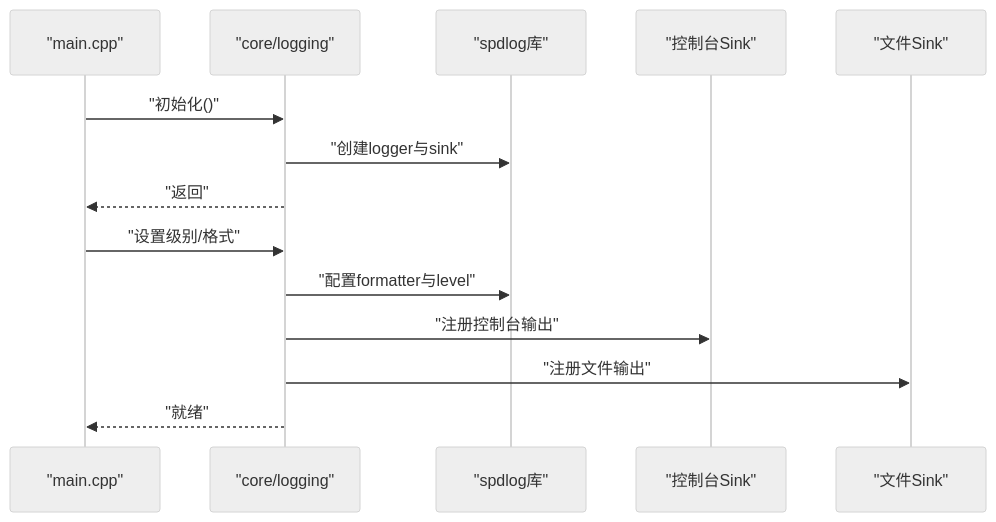
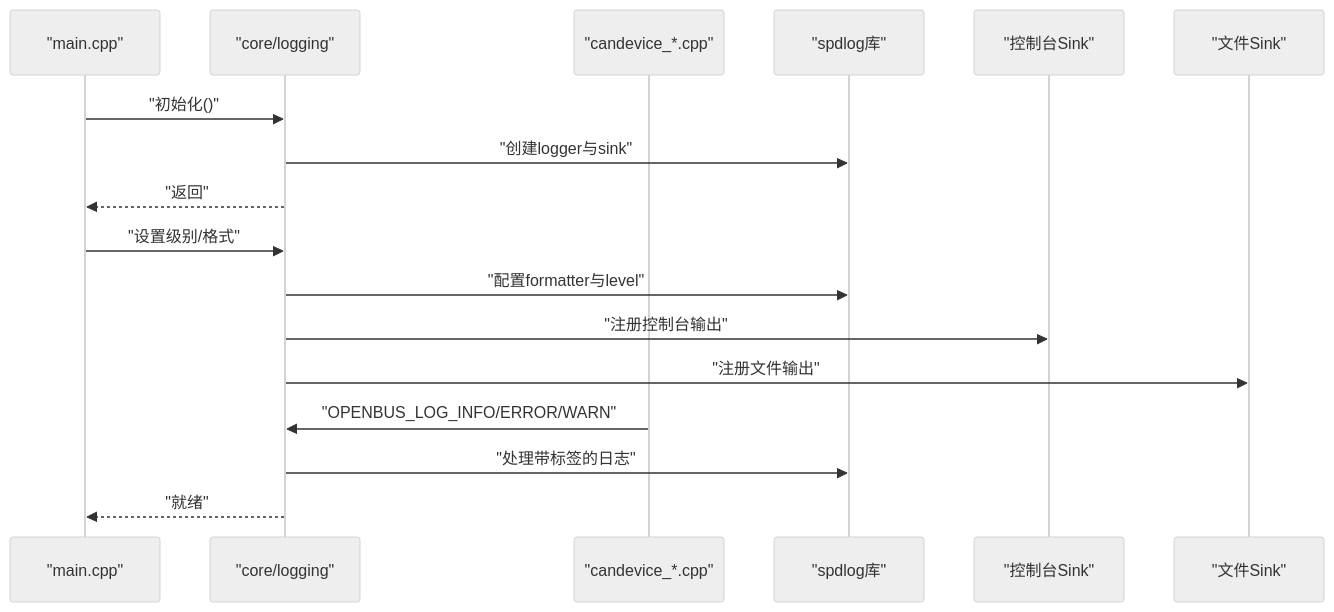
Before and after one commit to jakecai1225-design/OpenBus: the third of 4 diagrams in .qoder/repowiki/zh/content/核心模块详解/日志系统.md, drawn with Mermaid (neutral theme). The commit also changed other lines of this file and 15 other files, not shown here.

````diff
--- a/.qoder/repowiki/zh/content/核心模块详解/日志系统.md
+++ b/.qoder/repowiki/zh/content/核心模块详解/日志系统.md
@@ -122,16 +159,19 @@
 ```mermaid
 sequenceDiagram
 participant 主程序 as "main.cpp"
 participant 日志核心 as "core/logging"
+participant 设备驱动 as "candevice_*.cpp"
 participant spdlog as "spdlog库"
 participant 控制台 as "控制台Sink"
 participant 文件 as "文件Sink"
 主程序->>日志核心 : "初始化()"
 日志核心->>spdlog : "创建logger与sink"
 日志核心-->>主程序 : "返回"
 主程序->>日志核心 : "设置级别/格式"
 日志核心->>spdlog : "配置formatter与level"
 日志核心->>控制台 : "注册控制台输出"
 日志核心->>文件 : "注册文件输出"
+设备驱动->>日志核心 : "OPENBUS_LOG_INFO/ERROR/WARN"
+日志核心->>spdlog : "处理带标签的日志"
 日志核心-->>主程序 : "就绪"
 ```
````
